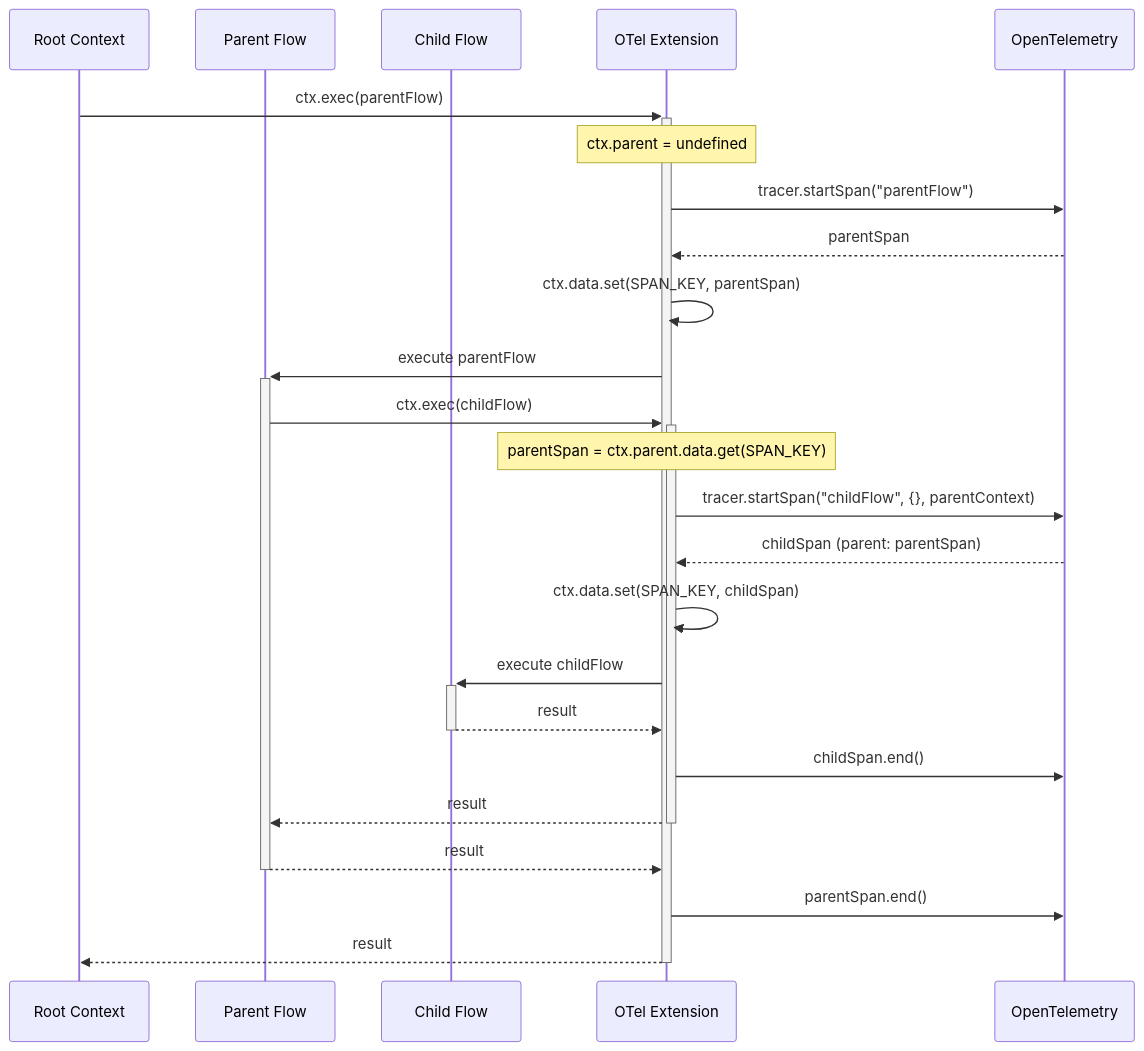
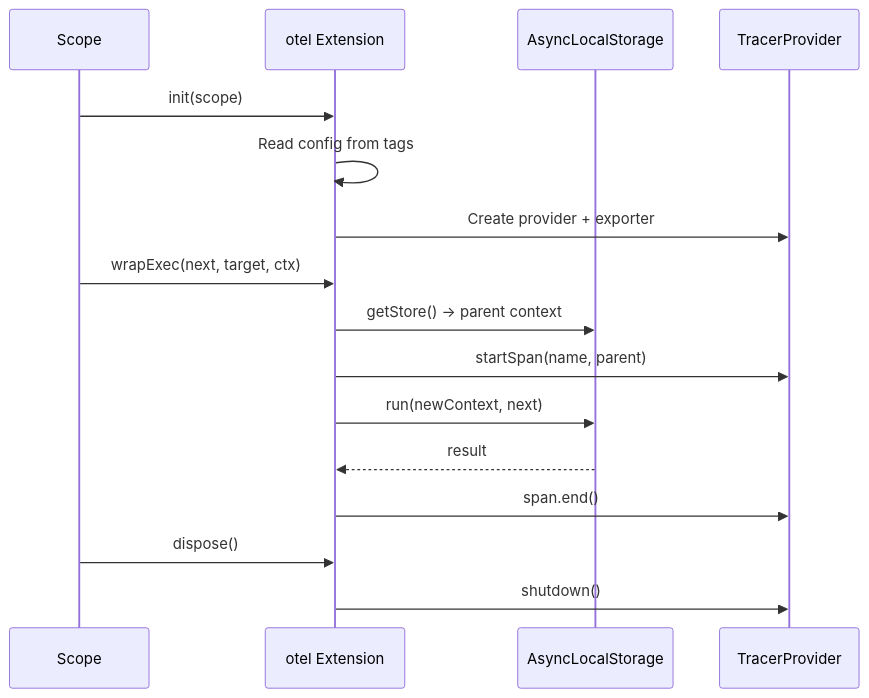
Before and after one commit to pumped-fn/pumped-fn: the diagram in packages/lite-extension-otel/README.md, drawn with Mermaid. The commit also changed other lines of this file and 18 other files, not shown here.

First line of the commit message:
feat(lite-extension-otel): simplify with self-contained provider management (#208)

````diff
--- a/packages/lite-extension-otel/README.md
+++ b/packages/lite-extension-otel/README.md
@@ -38,31 +61,21 @@
 ```mermaid
 sequenceDiagram
-    participant Root as Root Context
-    participant P as Parent Flow
-    participant C as Child Flow
-    participant Ext as OTel Extension
-    participant OTel as OpenTelemetry
+    participant Scope
+    participant Ext as otel Extension
+    participant ALS as AsyncLocalStorage
+    participant Provider as TracerProvider
 
-    Root->>+Ext: ctx.exec(parentFlow)
-    Note over Ext: ctx.parent = undefined
-    Ext->>OTel: tracer.startSpan("parentFlow")
-    OTel-->>Ext: parentSpan
-    Ext->>Ext: ctx.data.set(SPAN_KEY, parentSpan)
+    Scope->>Ext: init(scope)
+    Ext->>Ext: Read config from tags
+    Ext->>Provider: Create provider + exporter
 
-    Ext->>+P: execute parentFlow
-    P->>+Ext: ctx.exec(childFlow)
+    Scope->>Ext: wrapExec(next, target, ctx)
+    Ext->>ALS: getStore() → parent context
+    Ext->>Provider: startSpan(name, parent)
+    Ext->>ALS: run(newContext, next)
+    ALS-->>Ext: result
+    Ext->>Provider: span.end()
 
-    Note over Ext: parentSpan = ctx.parent.data.get(SPAN_KEY)
-    Ext->>OTel: tracer.startSpan("childFlow", {}, parentContext)
-    OTel-->>Ext: childSpan (parent: parentSpan)
-    Ext->>Ext: ctx.data.set(SPAN_KEY, childSpan)
-
-    Ext->>+C: execute childFlow
-    C-->>-Ext: result
-    Ext->>OTel: childSpan.end()
-    Ext-->>-P: result
-
-    P-->>-Ext: result
-    Ext->>OTel: parentSpan.end()
-    Ext-->>-Root: result
+    Scope->>Ext: dispose()
+    Ext->>Provider: shutdown()
 ```
````
